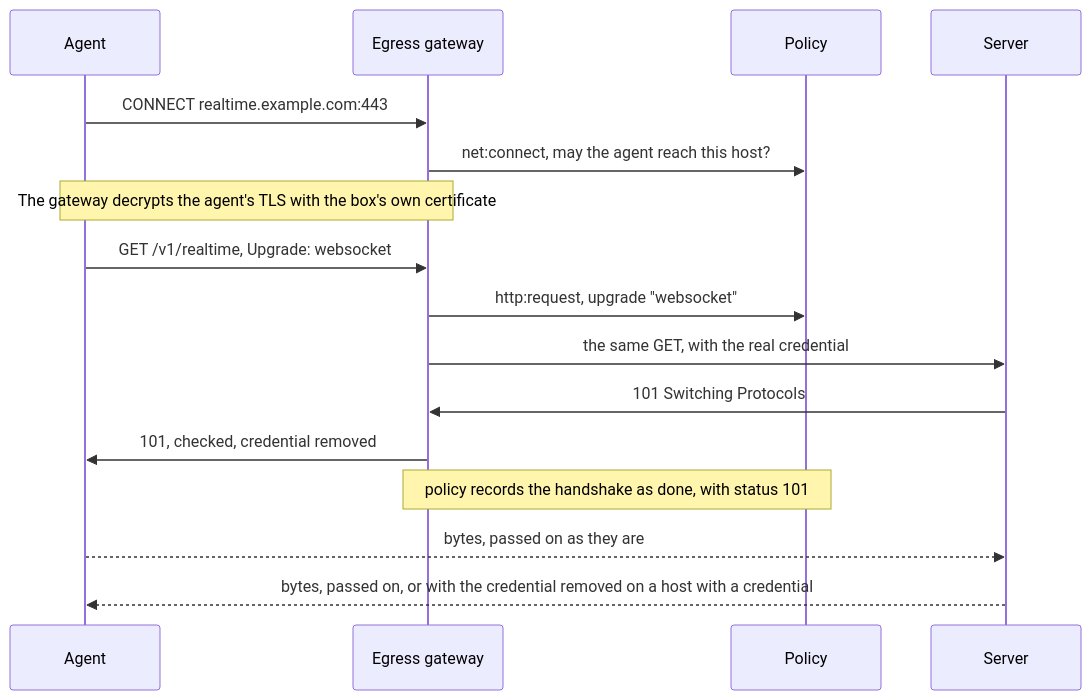
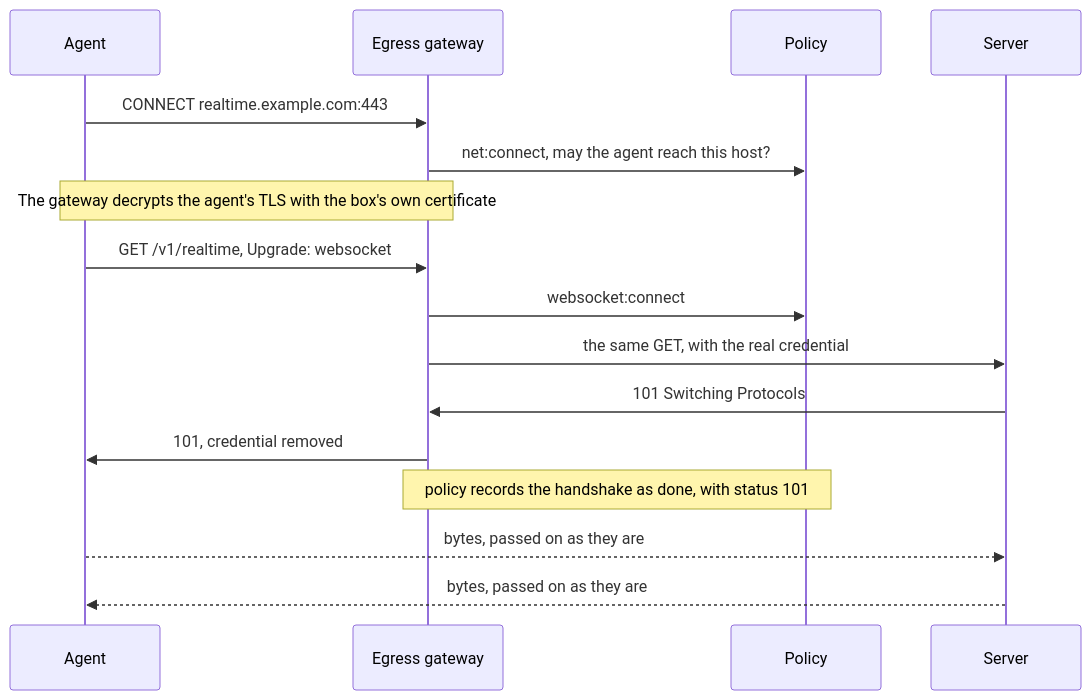
Before and after one commit to strands-agents/box: the diagram in team/designs/0007-egress-websocket.md, drawn with Mermaid. The commit also changed other lines of this file, not shown here.

Commit message:
docs(design): decide the WebSocket handshake with websocket:connect, and read no WebSocket message

````diff
--- a/team/designs/0007-egress-websocket.md
+++ b/team/designs/0007-egress-websocket.md
@@ -31,18 +33,18 @@
 ```mermaid
 sequenceDiagram
     participant W as Agent
     participant G as Egress gateway
     participant P as Policy
     participant U as Server
     W->>G: CONNECT realtime.example.com:443
     G->>P: net:connect, may the agent reach this host?
     Note over W,G: The gateway decrypts the agent's TLS with the box's own certificate
     W->>G: GET /v1/realtime, Upgrade: websocket
-    G->>P: http:request, upgrade "websocket"
+    G->>P: websocket:connect
     G->>U: the same GET, with the real credential
     U->>G: 101 Switching Protocols
-    G->>W: 101, checked, credential removed
+    G->>W: 101, credential removed
     Note over G,P: policy records the handshake as done, with status 101
     W-->>U: bytes, passed on as they are
-    U-->>W: bytes, passed on, or with the credential removed on a host with a credential
+    U-->>W: bytes, passed on as they are
 ```
````
